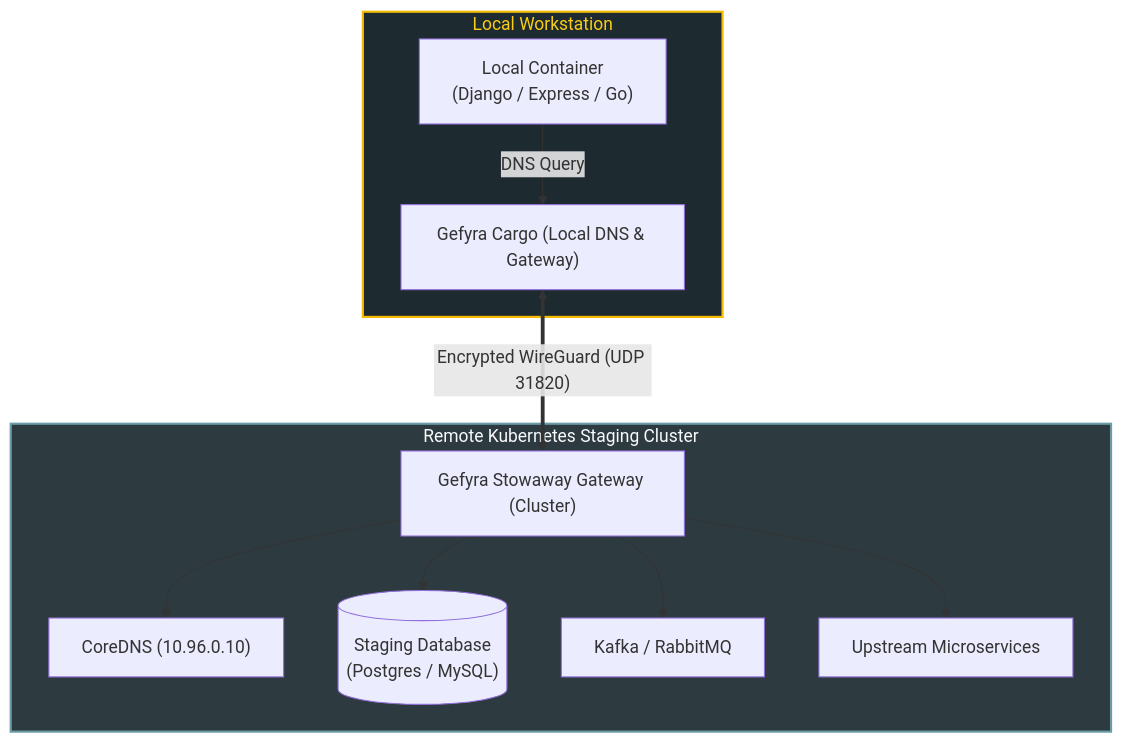
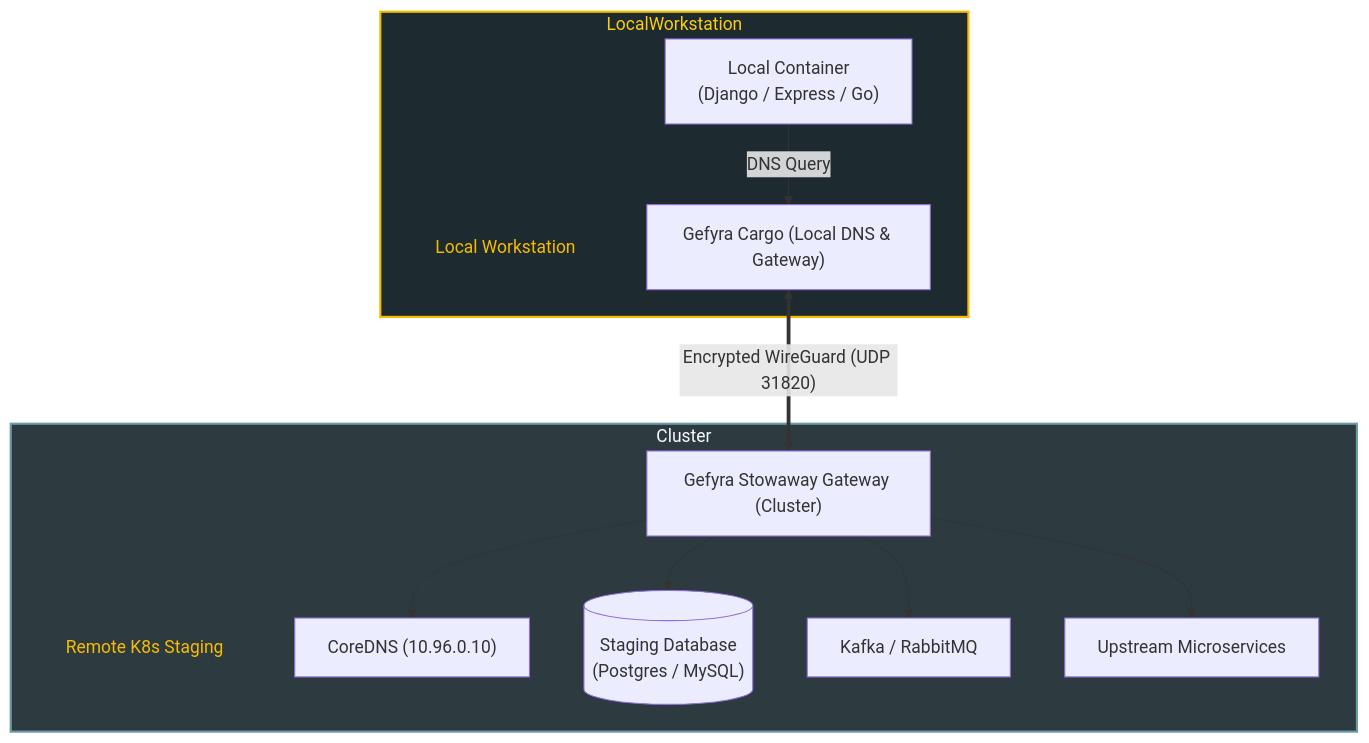
One commit to gefyrahq/gefyra changed the diagram in gefyra-docs/content/en/3.developer-workflows/4.database-and-dns.md. Above: the diagram before and after it, drawn with Mermaid. The commit also changed 11 other files, not shown here.

Commit message:
docs(#MARKETING-1226): enhance Mermaid diagrams and typography for improved clarity and consistency across documentation

````diff
--- a/gefyra-docs/content/en/3.developer-workflows/4.database-and-dns.md
+++ b/gefyra-docs/content/en/3.developer-workflows/4.database-and-dns.md
@@ -21,20 +21,24 @@
 ```mermaid
 flowchart TD
-    subgraph LocalWorkstation["Local Workstation"]
+    subgraph LocalWorkstation
+        LocalTitle[["Local Workstation"]]
         App["Local Container<br/>(Django / Express / Go)"] -->|DNS Query| Cargo["Gefyra Cargo (Local DNS & Gateway)"]
     end
 
     Cargo <==>|"Encrypted WireGuard (UDP 31820)"| Stowaway["Gefyra Stowaway Gateway (Cluster)"]
 
-    subgraph Cluster["Remote Kubernetes Staging Cluster"]
+    subgraph Cluster
+        ClusterTitle[["Remote K8s Staging"]]
         Stowaway --> CoreDNS["CoreDNS (10.96.0.10)"]
         Stowaway --> RealDB[("Staging Database<br/>(Postgres / MySQL)")]
         Stowaway --> Kafka["Kafka / RabbitMQ"]
         Stowaway --> Upstream["Upstream Microservices"]
     end
 
+    classDef groupTitle fill:transparent,stroke:none,color:#f6bc00;
     classDef gefyra fill:#1d2a2f,stroke:#f6bc00,stroke-width:2px,color:#facc15;
     classDef remote fill:#2d3b41,stroke:#6b9ba5,stroke-width:2px,color:#f8fafc;
+    class LocalTitle,ClusterTitle groupTitle;
     class LocalWorkstation gefyra;
     class Cluster remote;
 ```
````
